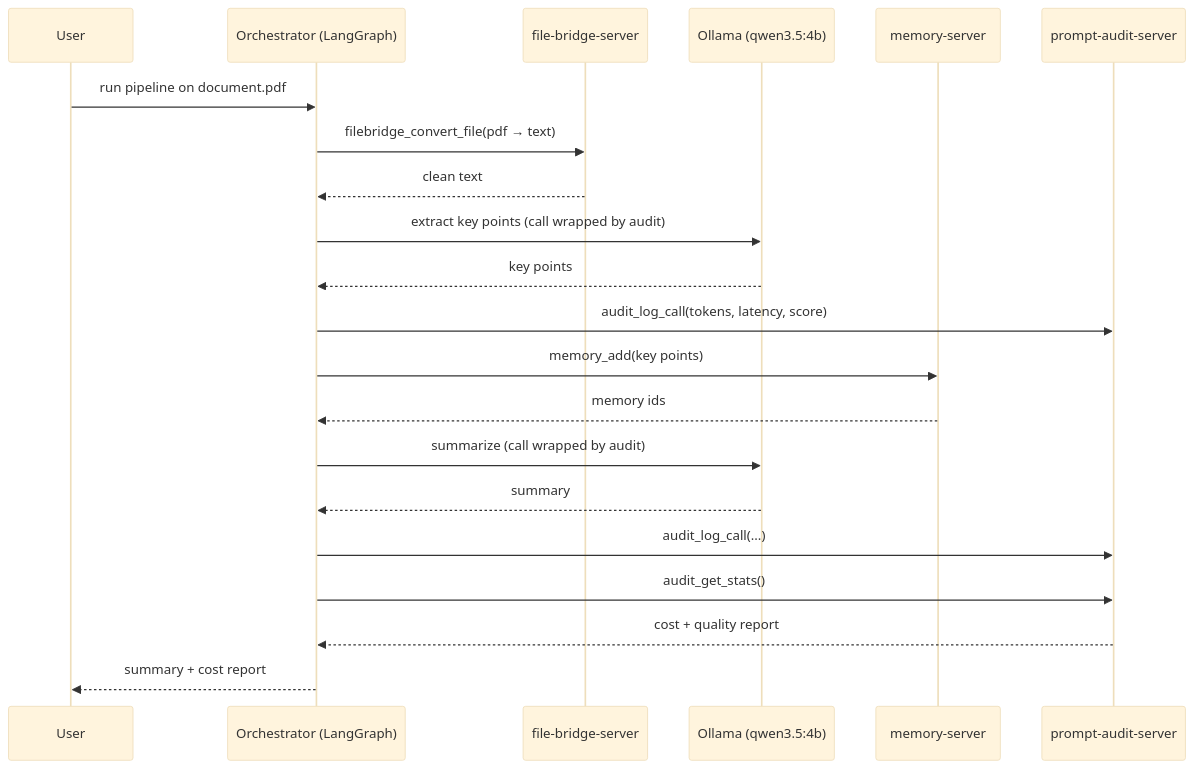
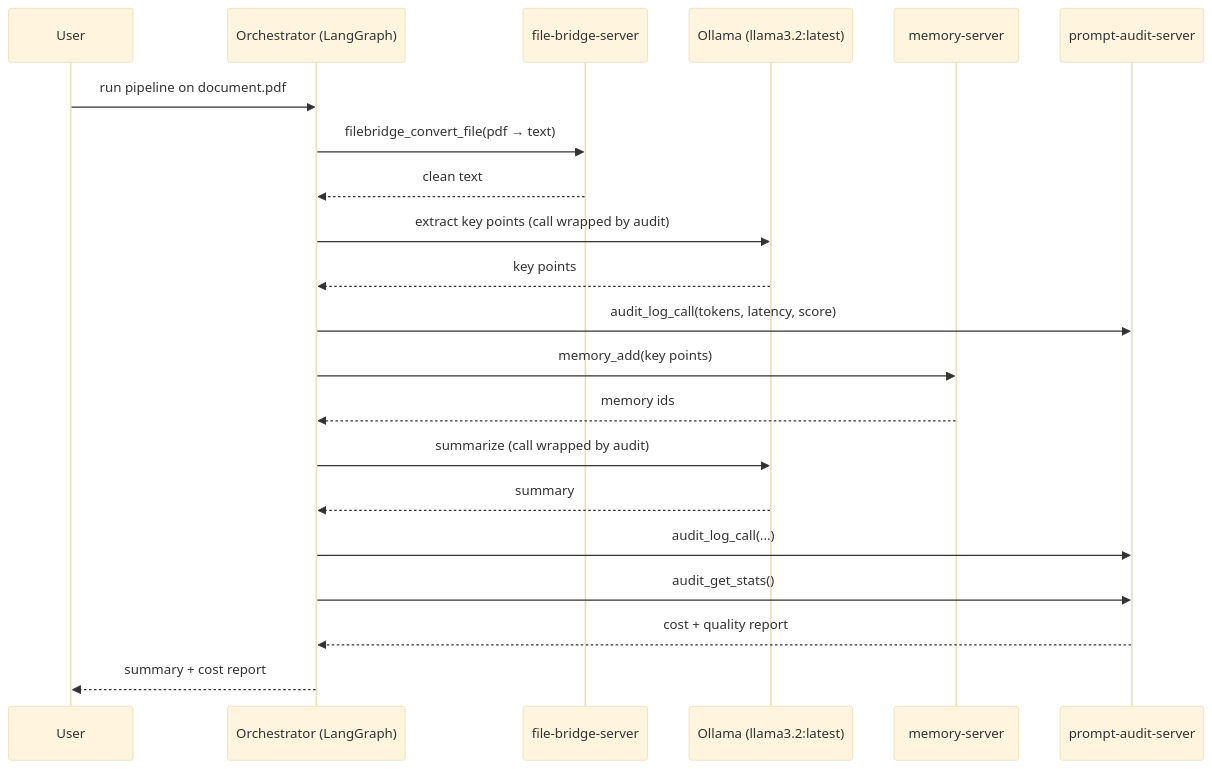
Before and after one commit to ThirtyNimrod/agent-mesh: the second of 2 diagrams in README.md, drawn with Mermaid (base theme). The commit also changed other lines of this file and 22 other files, not shown here.

````diff
--- a/README.md
+++ b/README.md
@@ -74,24 +74,24 @@
 ```mermaid
 sequenceDiagram
     participant U as User
     participant O as Orchestrator (LangGraph)
     participant F as file-bridge-server
-    participant L as Ollama (qwen3.5:4b)
+    participant L as Ollama (llama3.2:latest)
     participant M as memory-server
     participant A as prompt-audit-server
 
     U->>O: run pipeline on document.pdf
     O->>F: filebridge_convert_file(pdf → text)
     F-->>O: clean text
     O->>L: extract key points  (call wrapped by audit)
     L-->>O: key points
     O->>A: audit_log_call(tokens, latency, score)
     O->>M: memory_add(key points)
     M-->>O: memory ids
     O->>L: summarize  (call wrapped by audit)
     L-->>O: summary
     O->>A: audit_log_call(...)
     O->>A: audit_get_stats()
     A-->>O: cost + quality report
     O-->>U: summary + cost report
 ```
````
